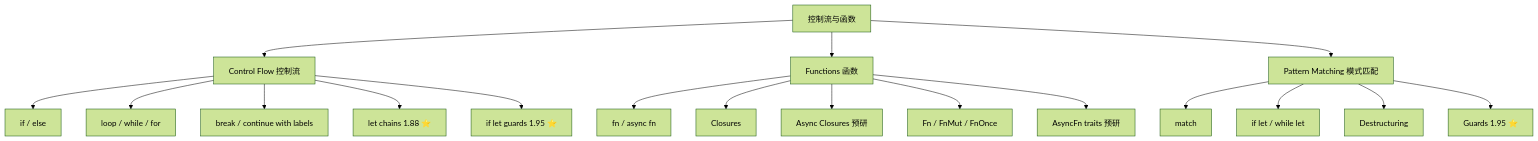
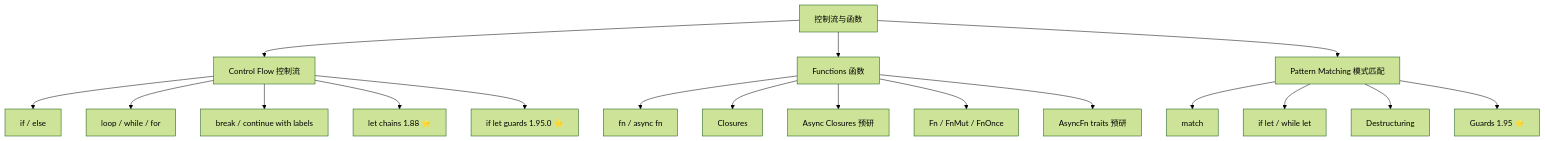
The fourth of 16 diagrams in docs/04_rust_language_feature_comprehensive_inventory_2026.md (martin-ly/rust-lang), drawn with Mermaid (forest theme) before and after one commit. The commit also changed other lines of this file and 326 other files, not shown here.

````diff
--- a/docs/04_rust_language_feature_comprehensive_inventory_2026.md
+++ b/docs/04_rust_language_feature_comprehensive_inventory_2026.md
@@ -648,23 +648,23 @@
 ```mermaid
 graph TD
     C03[控制流与函数] --> CF[Control Flow 控制流]
     C03 --> F[Functions 函数]
     C03 --> PM[Pattern Matching 模式匹配]
 
     CF --> CF1[if / else]
     CF --> CF2[loop / while / for]
     CF --> CF3[break / continue with labels]
     CF --> CF4[let chains 1.88 ⭐]
-    CF --> CF5[if let guards 1.95 ⭐]
+    CF --> CF5[if let guards 1.95.0 ⭐]
 
     F --> F1[fn / async fn]
     F --> F2[Closures]
     F --> F3[Async Closures 预研]
     F --> F4[Fn / FnMut / FnOnce]
     F --> F5[AsyncFn traits 预研]
 
     PM --> PM1[match]
     PM --> PM2[if let / while let]
     PM --> PM3[Destructuring]
     PM --> PM4[Guards 1.95 ⭐]
 ```
````
